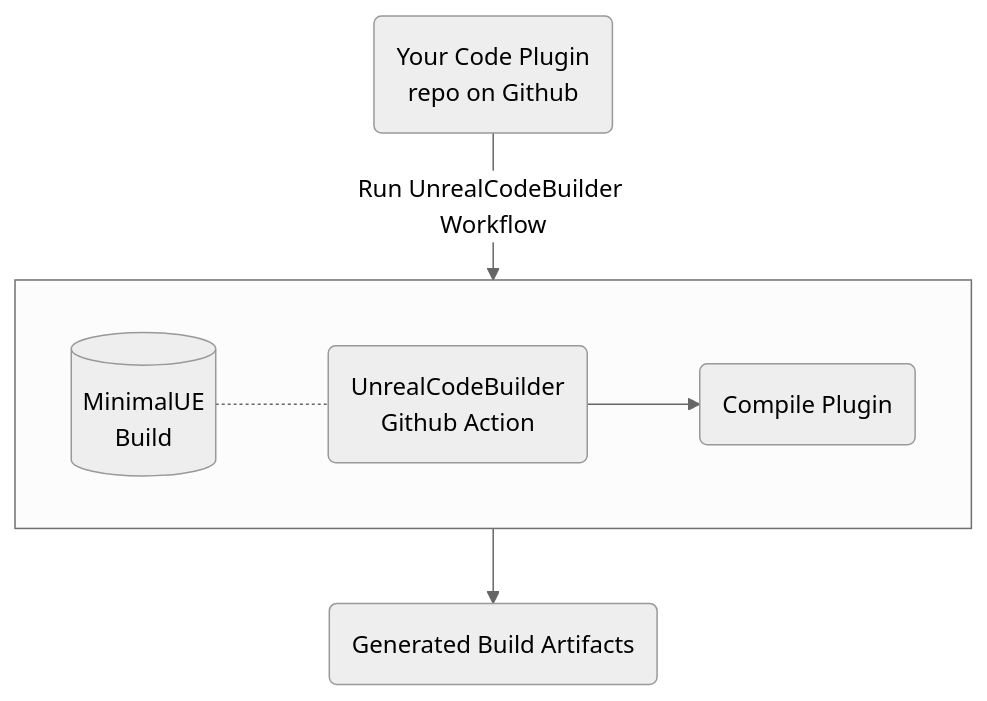
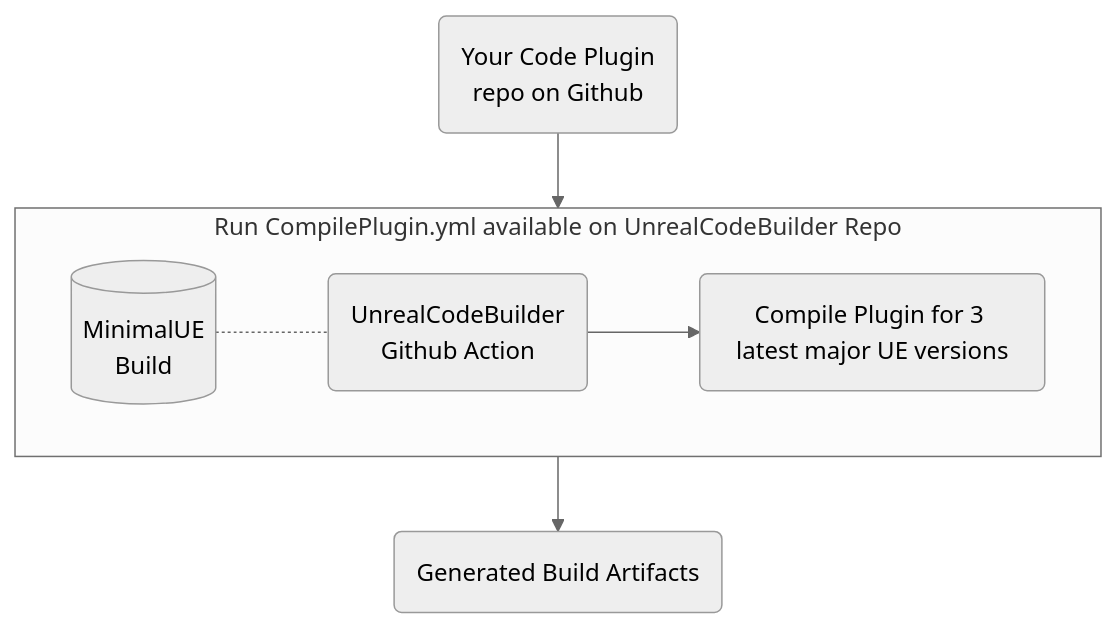
One commit to Guganana/UnrealPluginCIWithGithubActions changed the diagram in README.md. Above: the diagram before and after it, drawn with Mermaid (neutral theme). The commit also changed other lines of this file, not shown here.

````diff
--- a/README.md
+++ b/README.md
@@ -16,17 +16,17 @@
 ```mermaid
 graph TB
 A(Your Code Plugin<br>repo on Github)
 E(Generated Build Artifacts)
 
-subgraph one[" "]
+subgraph one["Run CompilePlugin.yml available on UnrealCodeBuilder Repo"]
     direction LR
     C[(MinimalUE<br>Build)]
     D(UnrealCodeBuilder<br>Github Action)
-    Compile(Compile Plugin)
+    Compile(Compile Plugin for 3 latest major UE versions)
     C -.- D
     D --> Compile
 end
 
-A -- Run UnrealCodeBuilder Workflow --> one
+A --> one
 one --> E
 ```
````
